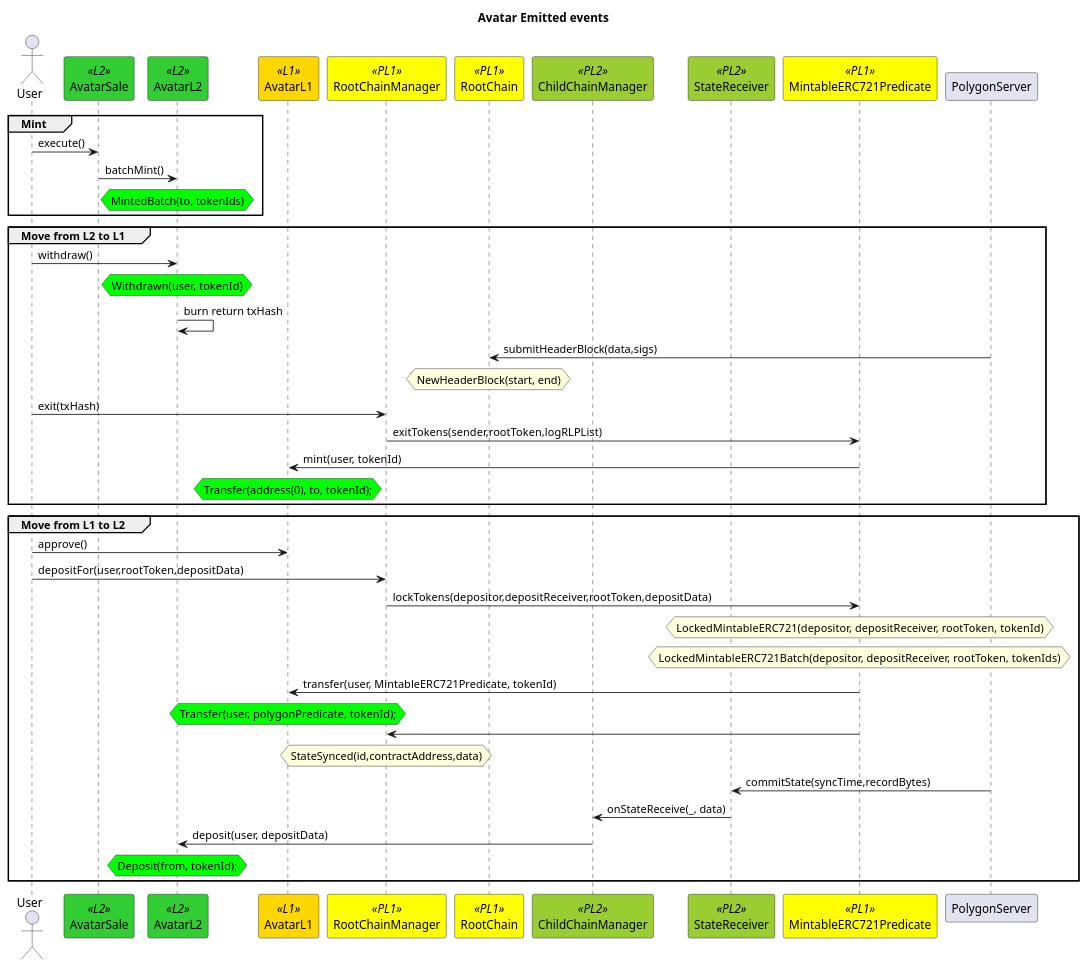
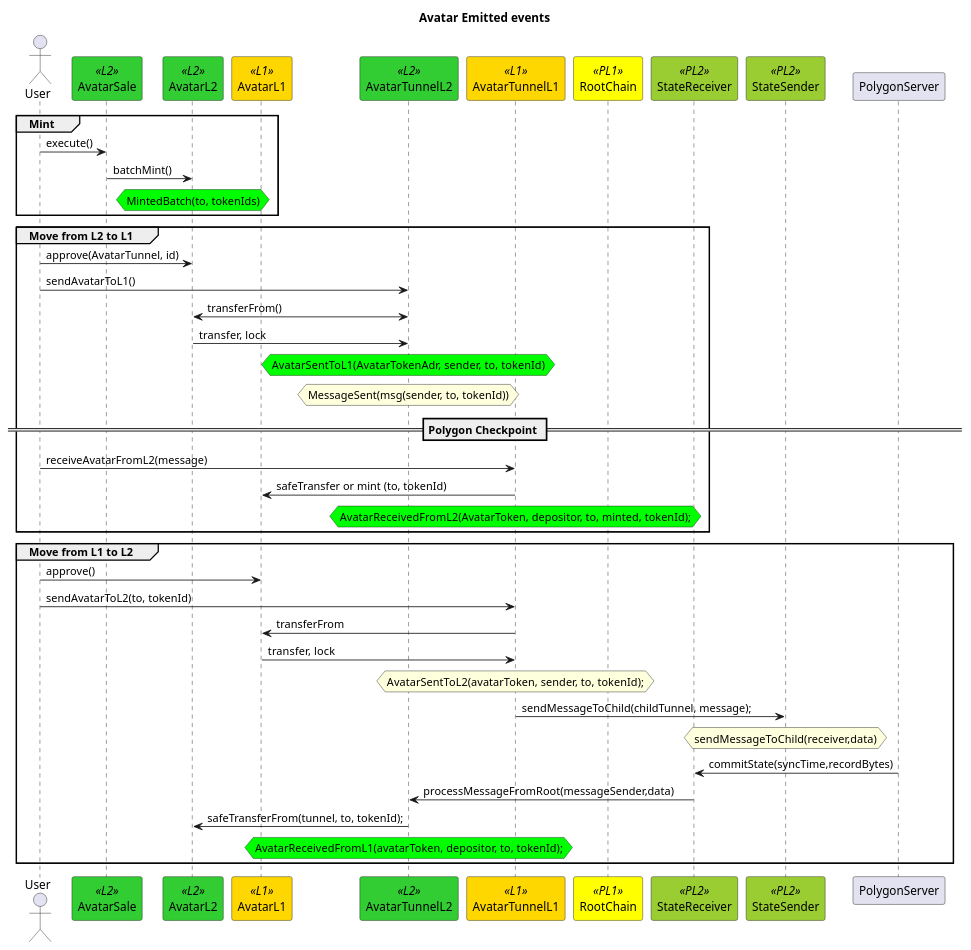
Before and after one commit to thesandboxgame/sandbox-smart-contracts: the third of 3 diagrams in docs/topics/avatar/avatar.md, drawn with PlantUML. The commit also changed other lines of this file, not shown here.

Commit message:
doc: update the event graph for fx-tunnel

````diff
--- a/docs/topics/avatar/avatar.md
+++ b/docs/topics/avatar/avatar.md
@@ -106,55 +107,53 @@
 ```plantuml
 title Avatar Emitted events
 skinparam participant {
 BackgroundColor<<L1>> Gold
 BackgroundColor<<L2>>  LimeGreen
 BackgroundColor<<PL1>> Yellow
 BackgroundColor<<PL2>> YellowGreen
 }
 
 
 actor User
 participant AvatarSale <<L2>>
 participant AvatarL2 <<L2>>
 participant AvatarL1 <<L1>>
-participant RootChainManager <<PL1>>
+participant AvatarTunnelL2 <<L2>>
+participant AvatarTunnelL1 <<L1>>
 participant RootChain <<PL1>>
-participant ChildChainManager <<PL2>>
 participant StateReceiver <<PL2>>
-participant MintableERC721Predicate <<PL1>>
+participant StateSender <<PL2>>
 
 group Mint
 User -> AvatarSale: execute()
 AvatarSale -> AvatarL2: batchMint()
 hnote over AvatarL2 #lime: MintedBatch(to, tokenIds)
 end
 
 group Move from L2 to L1
-User -> AvatarL2: withdraw()
-hnote over AvatarL2 #lime: Withdrawn(user, tokenId)
-AvatarL2 -> AvatarL2: burn return txHash
-PolygonServer -> RootChain: submitHeaderBlock(data,sigs)
-hnote over RootChain: NewHeaderBlock(start, end)
-User -> RootChainManager: exit(txHash)
-RootChainManager -> MintableERC721Predicate: exitTokens(sender,rootToken,logRLPList)
-MintableERC721Predicate -> AvatarL1: mint(user, tokenId) 
-hnote over AvatarL1 #lime: Transfer(address(0), to, tokenId);
+User -> AvatarL2: approve(AvatarTunnel, id)
+User -> AvatarTunnelL2: sendAvatarToL1()
+AvatarTunnelL2 <-> AvatarL2: transferFrom()
+AvatarL2 -> AvatarTunnelL2: transfer, lock
+hnote over AvatarTunnelL2 #lime:  AvatarSentToL1(AvatarTokenAdr, sender, to, tokenId)
+hnote over AvatarTunnelL2:  MessageSent(msg(sender, to, tokenId))
+== Polygon Checkpoint ==
+User -> AvatarTunnelL1: receiveAvatarFromL2(message)
+AvatarTunnelL1 -> AvatarL1: safeTransfer or mint (to, tokenId)
+hnote over AvatarTunnelL1 #lime: AvatarReceivedFromL2(AvatarToken, depositor, to, minted, tokenId);
 end
 
 group Move from L1 to L2
 User -> AvatarL1: approve()
-User -> RootChainManager: depositFor(user,rootToken,depositData)
-RootChainManager -> MintableERC721Predicate: lockTokens(depositor,depositReceiver,rootToken,depositData)
-hnote over MintableERC721Predicate: LockedMintableERC721(depositor, depositReceiver, rootToken, tokenId)
-hnote over MintableERC721Predicate: LockedMintableERC721Batch(depositor, depositReceiver, rootToken, tokenIds)
-MintableERC721Predicate -> AvatarL1: transfer(user, MintableERC721Predicate, tokenId)
-hnote over AvatarL1 #lime: Transfer(user, polygonPredicate, tokenId);
-MintableERC721Predicate -> RootChainManager
-hnote over RootChainManager:  StateSynced(id,contractAddress,data)
+User -> AvatarTunnelL1: sendAvatarToL2(to, tokenId)
+AvatarTunnelL1 -> AvatarL1: transferFrom
+AvatarL1 -> AvatarTunnelL1: transfer, lock
+hnote over AvatarTunnelL1: AvatarSentToL2(avatarToken, sender, to, tokenId);
+AvatarTunnelL1 -> StateSender: sendMessageToChild(childTunnel, message);
+hnote over StateSender: sendMessageToChild(receiver,data)
 PolygonServer -> StateReceiver: commitState(syncTime,recordBytes)
-StateReceiver -> ChildChainManager: onStateReceive(_, data)
-ChildChainManager -> AvatarL2: deposit(user, depositData)
-hnote over AvatarL2 #lime: Deposit(from, tokenId);
+StateReceiver -> AvatarTunnelL2: processMessageFromRoot(messageSender,data)
+AvatarTunnelL2 -> AvatarL2: safeTransferFrom(tunnel, to, tokenId);
+hnote over AvatarTunnelL2 #lime: AvatarReceivedFromL1(avatarToken, depositor, to, tokenId);
 end
-
 ```
````
